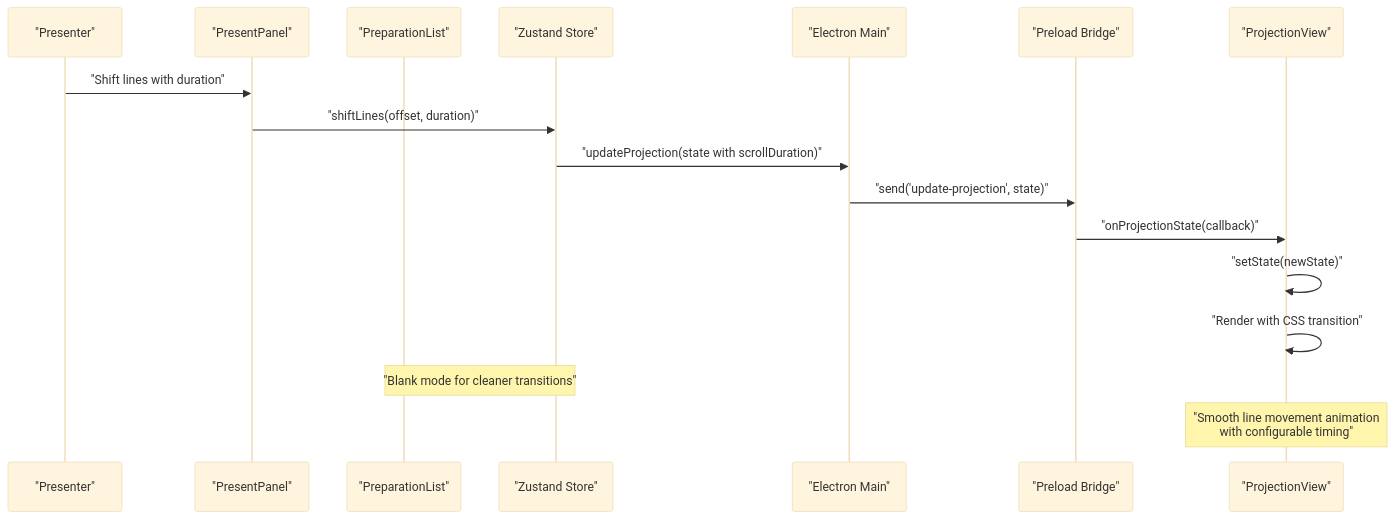
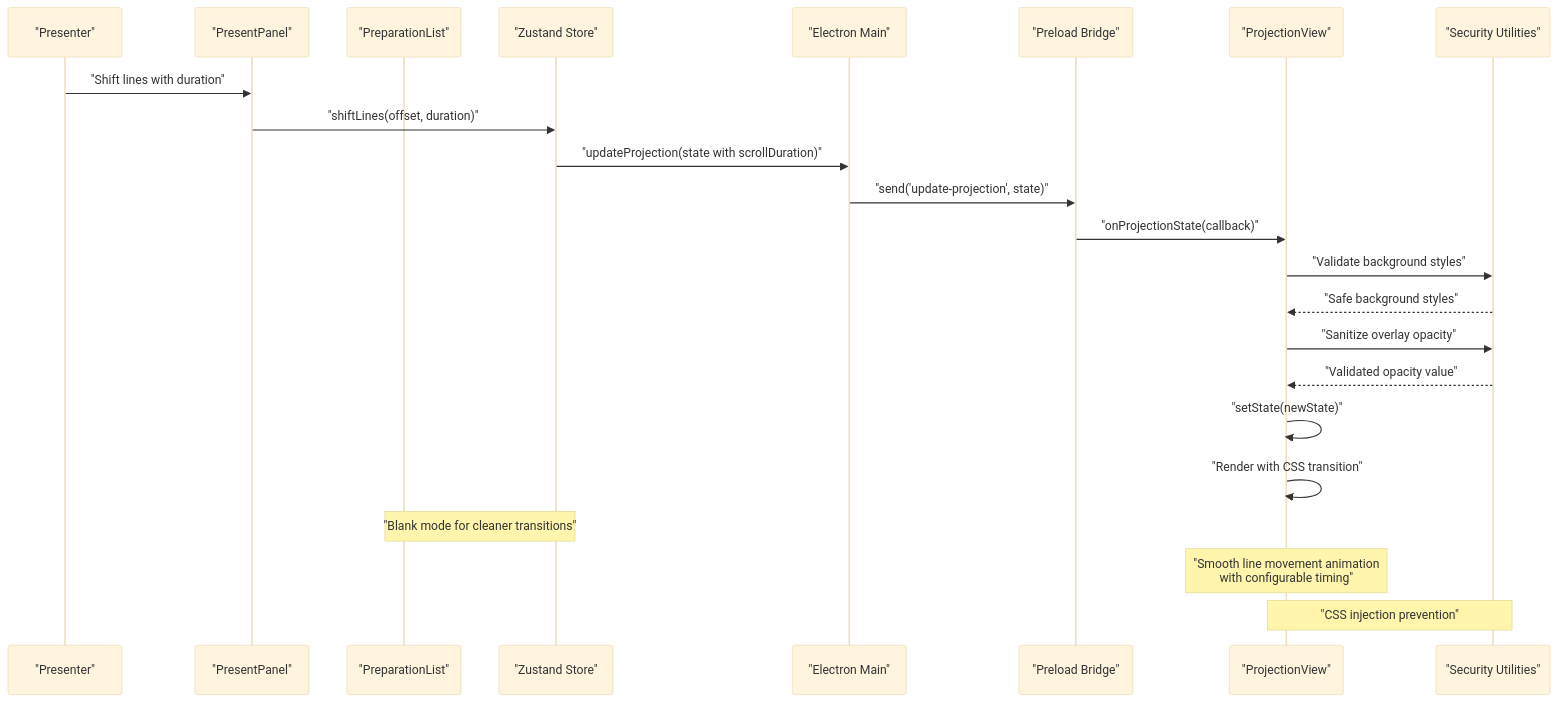
Before and after one commit to jimmywyk/lyricdeck: the second of 14 diagrams in .qoder/repowiki/en/content/User Interface Components/Projection View Component.md, drawn with Mermaid (base theme). The commit also changed other lines of this file and 12 other files, not shown here.

````diff
--- a/.qoder/repowiki/en/content/User Interface Components/Projection View Component.md
+++ b/.qoder/repowiki/en/content/User Interface Components/Projection View Component.md
@@ -135,19 +148,25 @@
 ```mermaid
 sequenceDiagram
 participant Presenter as "Presenter"
 participant PresentPanel as "PresentPanel"
 participant PreparationList as "PreparationList"
 participant Store as "Zustand Store"
 participant Main as "Electron Main"
 participant Preload as "Preload Bridge"
 participant Projection as "ProjectionView"
+participant Security as "Security Utilities"
 Presenter->>PresentPanel : "Shift lines with duration"
 PresentPanel->>Store : "shiftLines(offset, duration)"
 Store->>Main : "updateProjection(state with scrollDuration)"
 Main->>Preload : "send('update-projection', state)"
 Preload->>Projection : "onProjectionState(callback)"
+Projection->>Security : "Validate background styles"
+Security-->>Projection : "Safe background styles"
+Projection->>Security : "Sanitize overlay opacity"
+Security-->>Projection : "Validated opacity value"
 Projection->>Projection : "setState(newState)"
 Projection->>Projection : "Render with CSS transition"
 Note over PreparationList,Store : "Blank mode for cleaner transitions"
 Note over Projection : "Smooth line movement animation<br/>with configurable timing"
+Note over Security,Projection : "CSS injection prevention"
 ```
````
